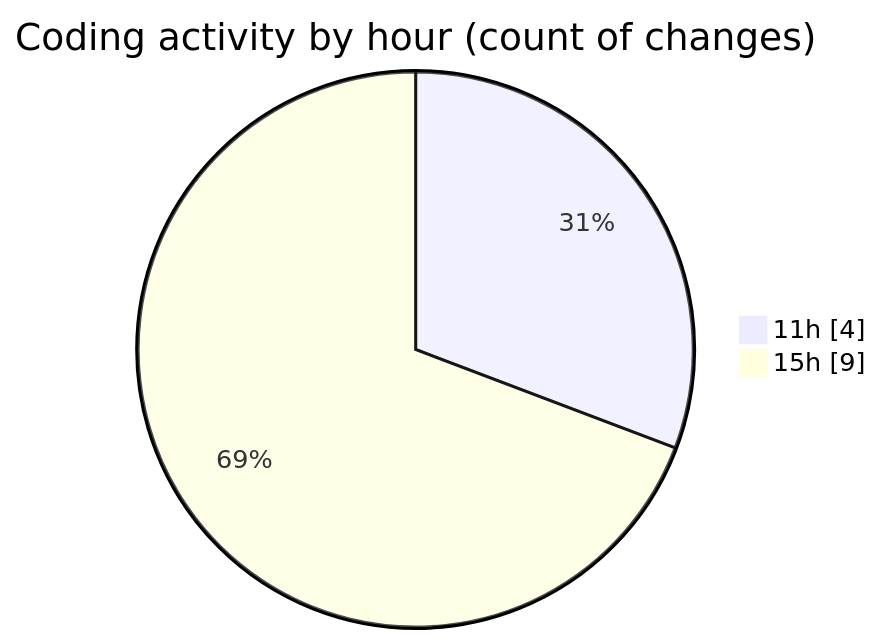
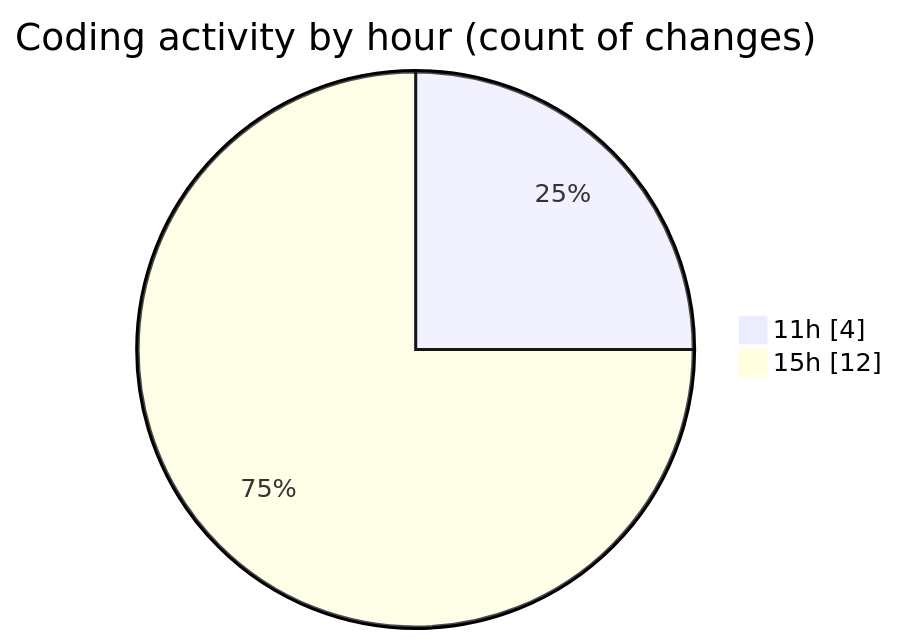
One commit to nxtqubesakshisongat/code-tracking changed the second of 2 diagrams in 2025-05-29/nxtqube_webapp/README.md. Above: the diagram before and after it, drawn with Mermaid. The commit also changed other lines of this file and 1 other file, not shown here.

````diff
--- a/2025-05-29/nxtqube_webapp/README.md
+++ b/2025-05-29/nxtqube_webapp/README.md
@@ -33,6 +33,6 @@
 ```mermaid
 pie showData
 title Coding activity by hour (count of changes)
 "11h" : 4
-"15h" : 9
+"15h" : 12
 ```
````
